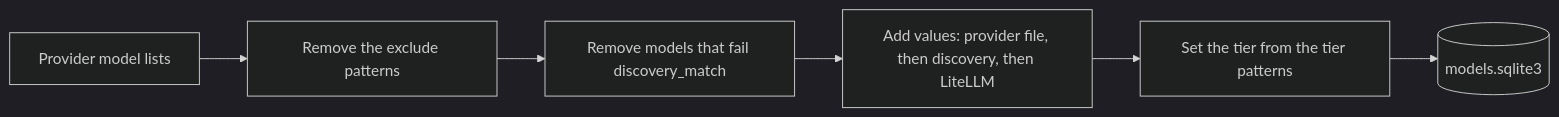
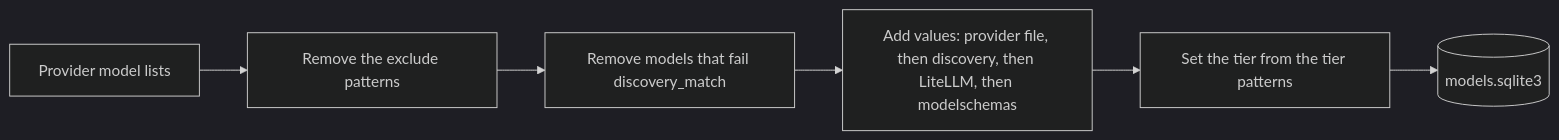
One commit to nemoe7/daedalus changed the diagram in docs/providers.md. Above: the diagram before and after it, drawn with Mermaid (dark theme). The commit also changed 7 other files, not shown here.

Commit message:
feat: read modelschemas for the gaps the other sources leave

````diff
--- a/docs/providers.md
+++ b/docs/providers.md
@@ -50,8 +50,8 @@
 ```mermaid
 flowchart LR
   D[Provider model lists] --> X[Remove the exclude patterns]
   X --> M[Remove models that fail discovery_match]
-  M --> V[Add values: provider file, then discovery, then LiteLLM]
+  M --> V[Add values: provider file, then discovery, then LiteLLM, then modelschemas]
   V --> T[Set the tier from the tier patterns]
   T --> S[(models.sqlite3)]
 ```
````
